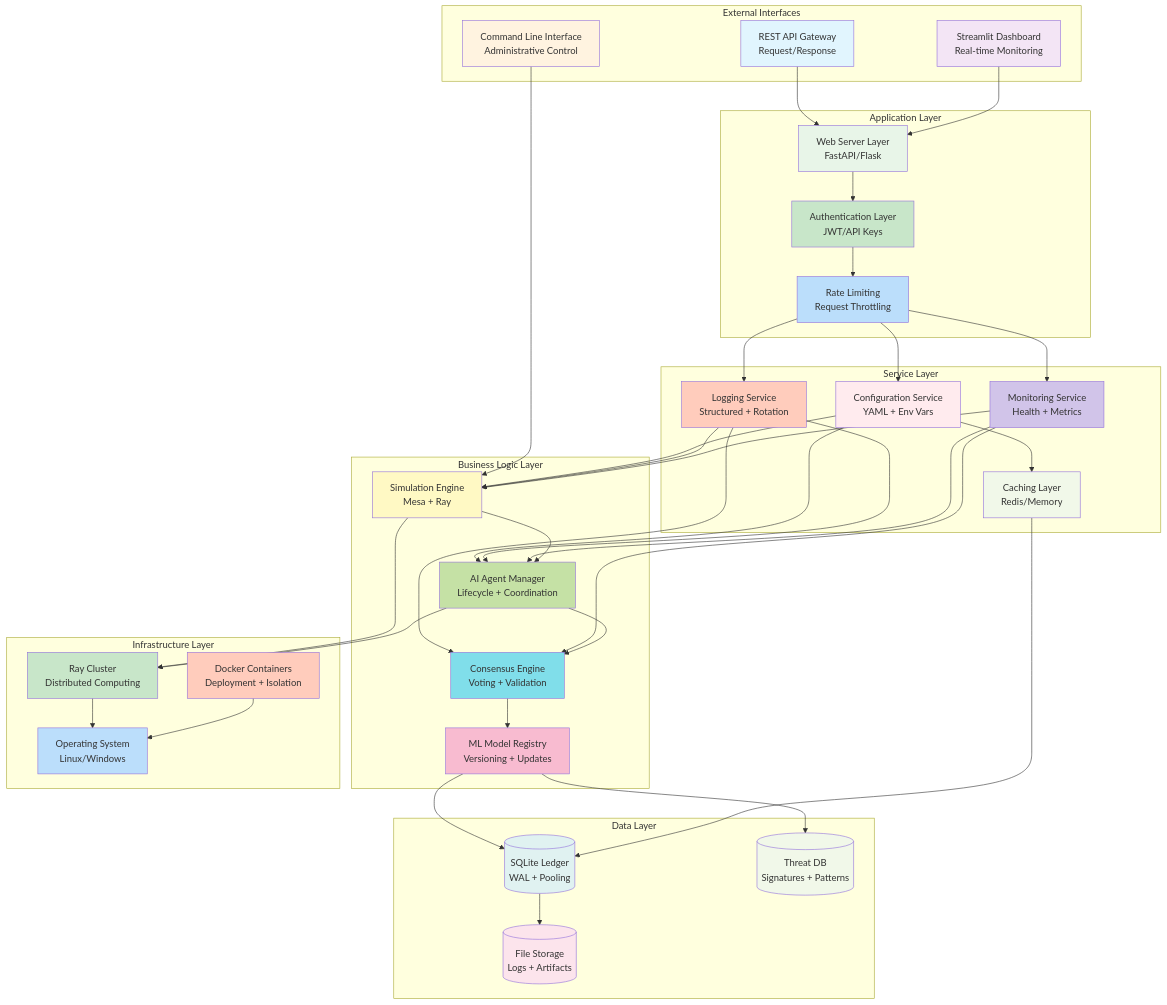
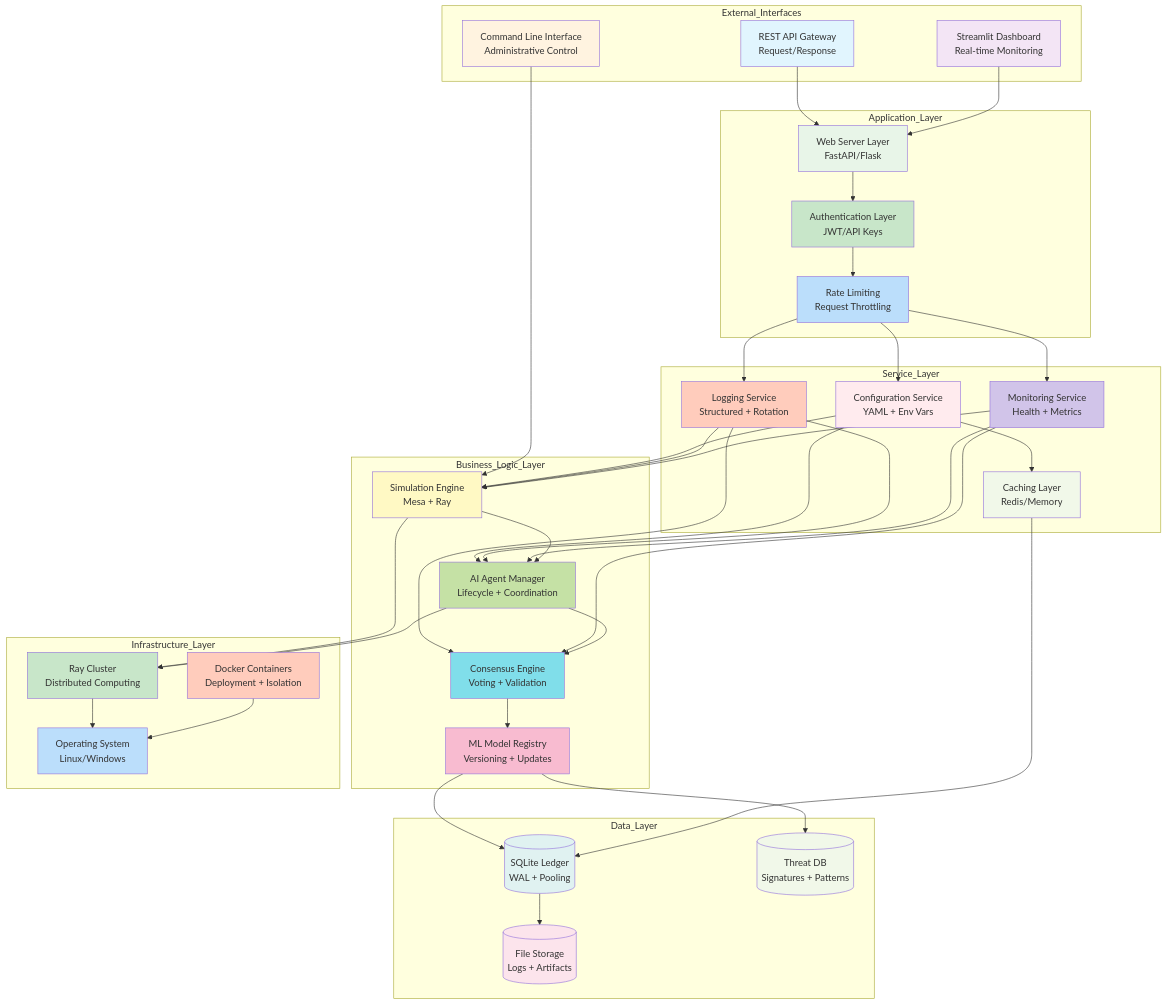
The sixth of 17 diagrams in decentralized-ai-simulation/docs/design.md (tanm-sys/build), drawn with Mermaid before and after one commit. The commit also changed other lines of this file and 5 other files, not shown here.

Commit message:
Fix Mermaid diagram parse errors in Markdown files (resolve LINK token issues on line 29 and others)

````diff
--- a/decentralized-ai-simulation/docs/design.md
+++ b/decentralized-ai-simulation/docs/design.md
@@ -339,38 +339,38 @@
 ```mermaid
 graph TB
-    subgraph "External Interfaces"
+    subgraph "External_Interfaces"
         API[REST API Gateway<br/>Request/Response]
         UI[Streamlit Dashboard<br/>Real-time Monitoring]
         CLI[Command Line Interface<br/>Administrative Control]
     end
 
-    subgraph "Application Layer"
+    subgraph "Application_Layer"
         WEB[Web Server Layer<br/>FastAPI/Flask]
         AUTH[Authentication Layer<br/>JWT/API Keys]
         RATE[Rate Limiting<br/>Request Throttling]
     end
 
-    subgraph "Service Layer"
+    subgraph "Service_Layer"
         CONFIG[Configuration Service<br/>YAML + Env Vars]
         LOG[Logging Service<br/>Structured + Rotation]
         MON[Monitoring Service<br/>Health + Metrics]
         CACHE[Caching Layer<br/>Redis/Memory]
     end
 
-    subgraph "Business Logic Layer"
+    subgraph "Business_Logic_Layer"
         SIM[Simulation Engine<br/>Mesa + Ray]
         AGENTS[AI Agent Manager<br/>Lifecycle + Coordination]
         CONSENSUS[Consensus Engine<br/>Voting + Validation]
         MODELS[ML Model Registry<br/>Versioning + Updates]
     end
 
-    subgraph "Data Layer"
+    subgraph "Data_Layer"
         DB[(SQLite Ledger<br/>WAL + Pooling)]
         STORAGE[(File Storage<br/>Logs + Artifacts)]
         BLACKLIST[(Threat DB<br/>Signatures + Patterns)]
     end
 
-    subgraph "Infrastructure Layer"
+    subgraph "Infrastructure_Layer"
         OS[Operating System<br/>Linux/Windows]
         RAY[Ray Cluster<br/>Distributed Computing]
         DOCKER[Docker Containers<br/>Deployment + Isolation]
````
